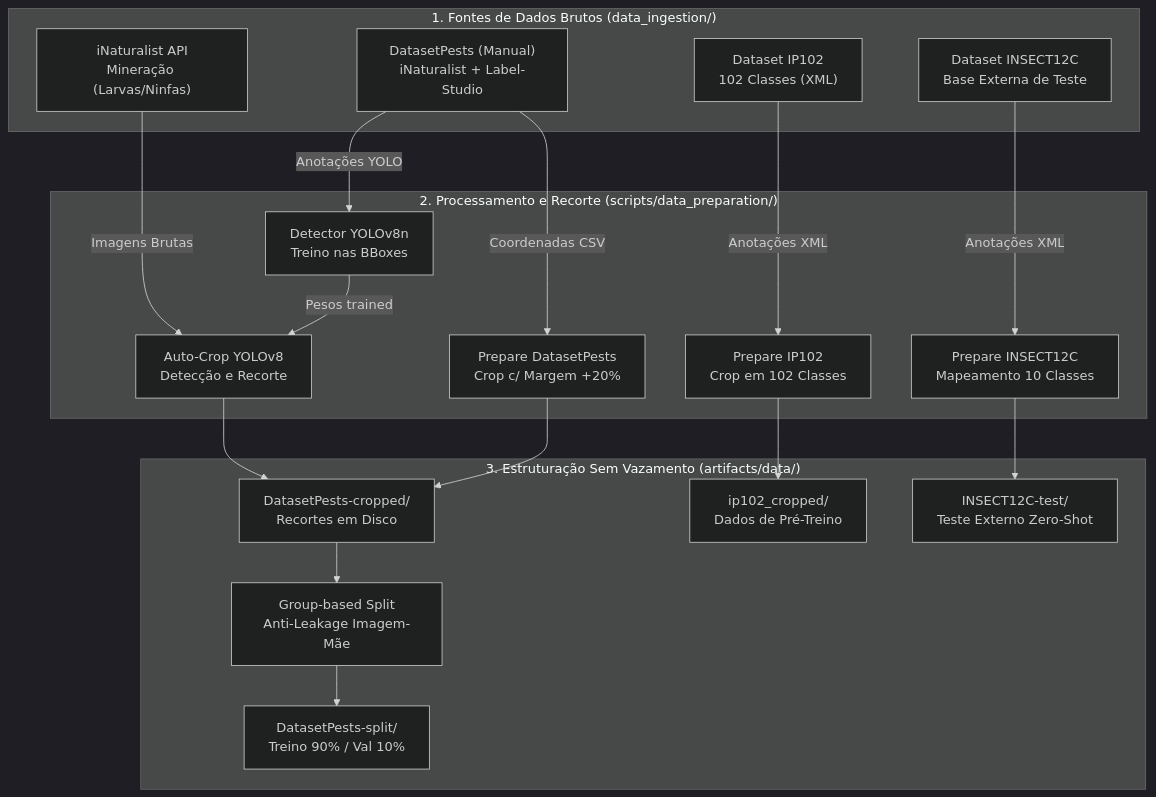
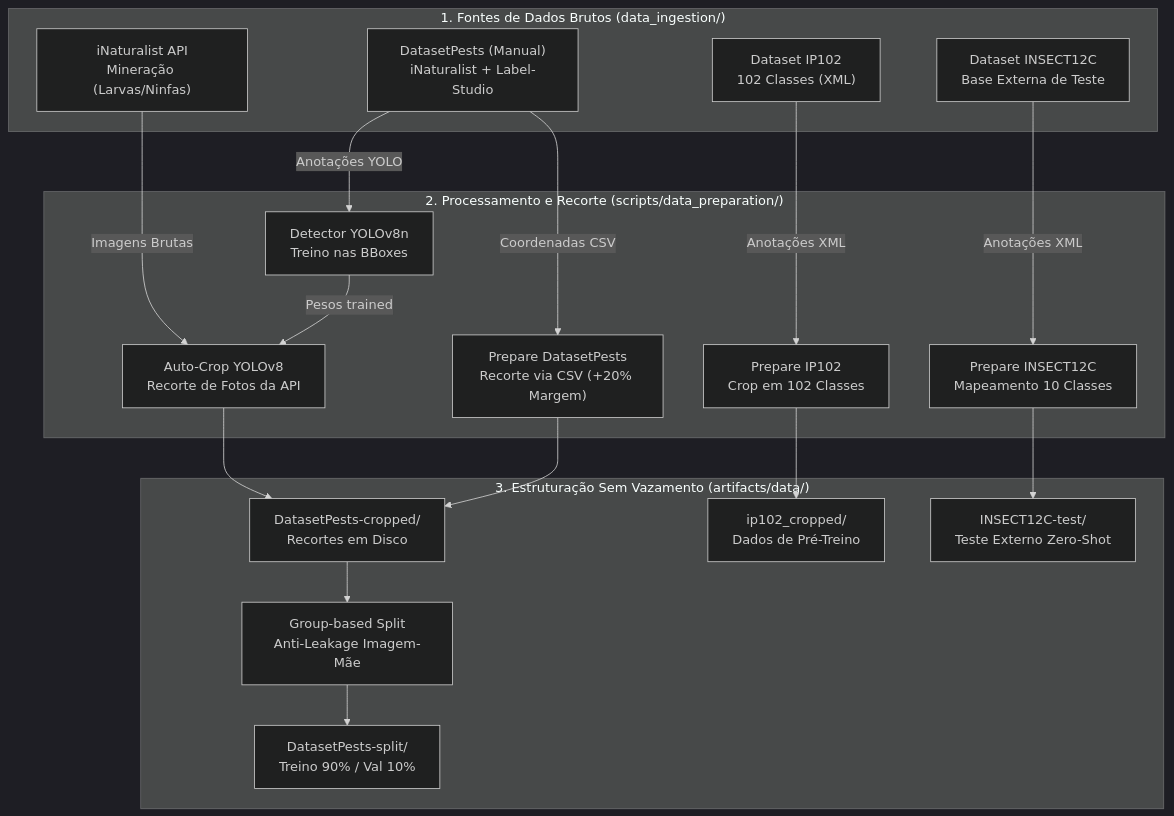
One commit to nanshibukawa/soybean-leaf-pest-damage changed the diagram in docs/03_preparacao_dados/01_pipeline_preprocessamento.md. Above: the diagram before and after it, drawn with Mermaid (dark theme).

Commit message:
docs: clarify auto-crop vs manual csv crop nodes in preprocessing pipeline diagram

````diff
--- a/docs/03_preparacao_dados/01_pipeline_preprocessamento.md
+++ b/docs/03_preparacao_dados/01_pipeline_preprocessamento.md
@@ -11,39 +11,39 @@
 ```mermaid
 flowchart TD
     subgraph INGESTAO ["1. Fontes de Dados Brutos (data_ingestion/)"]
         A1["DatasetPests (Manual)<br/>iNaturalist + Label-Studio"]
         A2["iNaturalist API<br/>Mineração (Larvas/Ninfas)"]
         A3["Dataset IP102<br/>102 Classes (XML)"]
         A4["Dataset INSECT12C<br/>Base Externa de Teste"]
     end
 
     subgraph PREPROC ["2. Processamento e Recorte (scripts/data_preparation/)"]
         B1["Detector YOLOv8n<br/>Treino nas BBoxes"]
-        B2["Auto-Crop YOLOv8<br/>Detecção e Recorte"]
-        B3["Prepare DatasetPests<br/>Crop c/ Margem +20%"]
+        B2["Auto-Crop YOLOv8<br/>Recorte de Fotos da API"]
+        B3["Prepare DatasetPests<br/>Recorte via CSV (+20% Margem)"]
         B4["Prepare IP102<br/>Crop em 102 Classes"]
         B5["Prepare INSECT12C<br/>Mapeamento 10 Classes"]
     end
 
     subgraph DIVISION ["3. Estruturação Sem Vazamento (artifacts/data/)"]
         C1["DatasetPests-cropped/<br/>Recortes em Disco"]
         C2["Group-based Split<br/>Anti-Leakage Imagem-Mãe"]
         C3["DatasetPests-split/<br/>Treino 90% / Val 10%"]
         C4["ip102_cropped/<br/>Dados de Pré-Treino"]
         C5["INSECT12C-test/<br/>Teste Externo Zero-Shot"]
     end
 
     A1 -->|Anotações YOLO| B1
     A2 -->|Imagens Brutas| B2
     B1 -->|Pesos trained| B2
     A1 -->|Coordenadas CSV| B3
     A3 -->|Anotações XML| B4
     A4 -->|Anotações XML| B5
 
     B2 --> C1
     B3 --> C1
     C1 --> C2
     C2 --> C3
     B4 --> C4
     B5 --> C5
 ```
````
